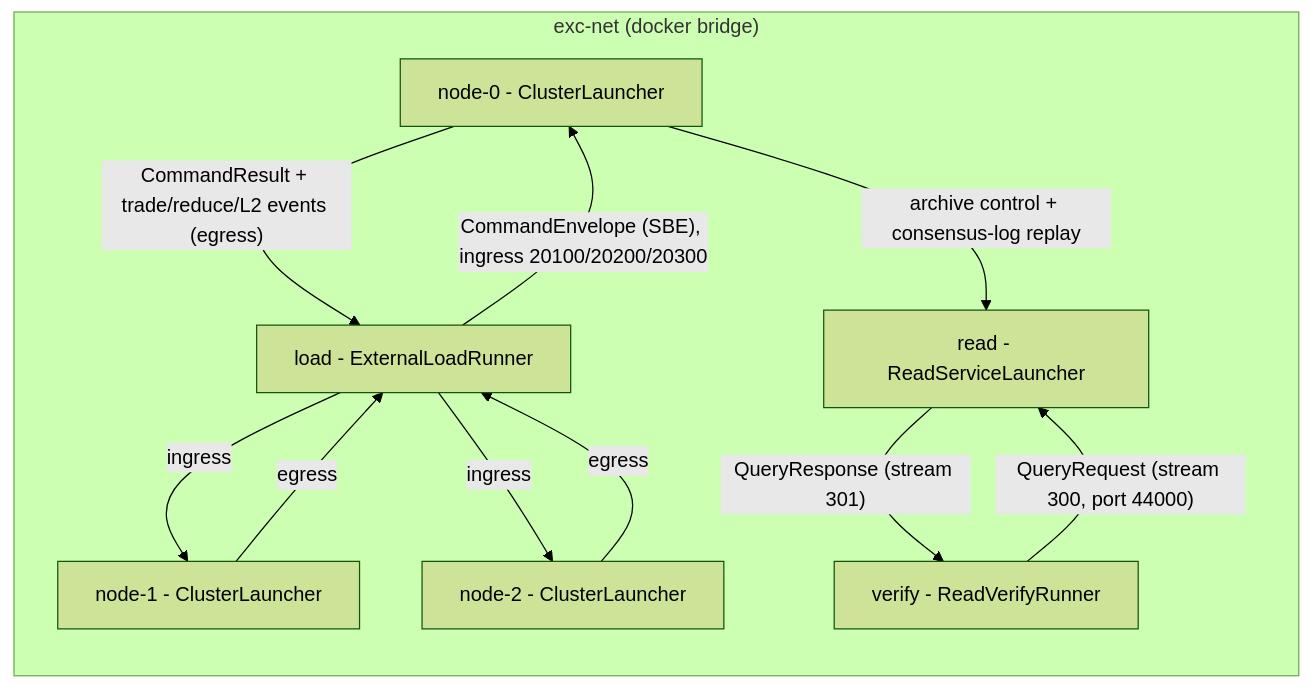
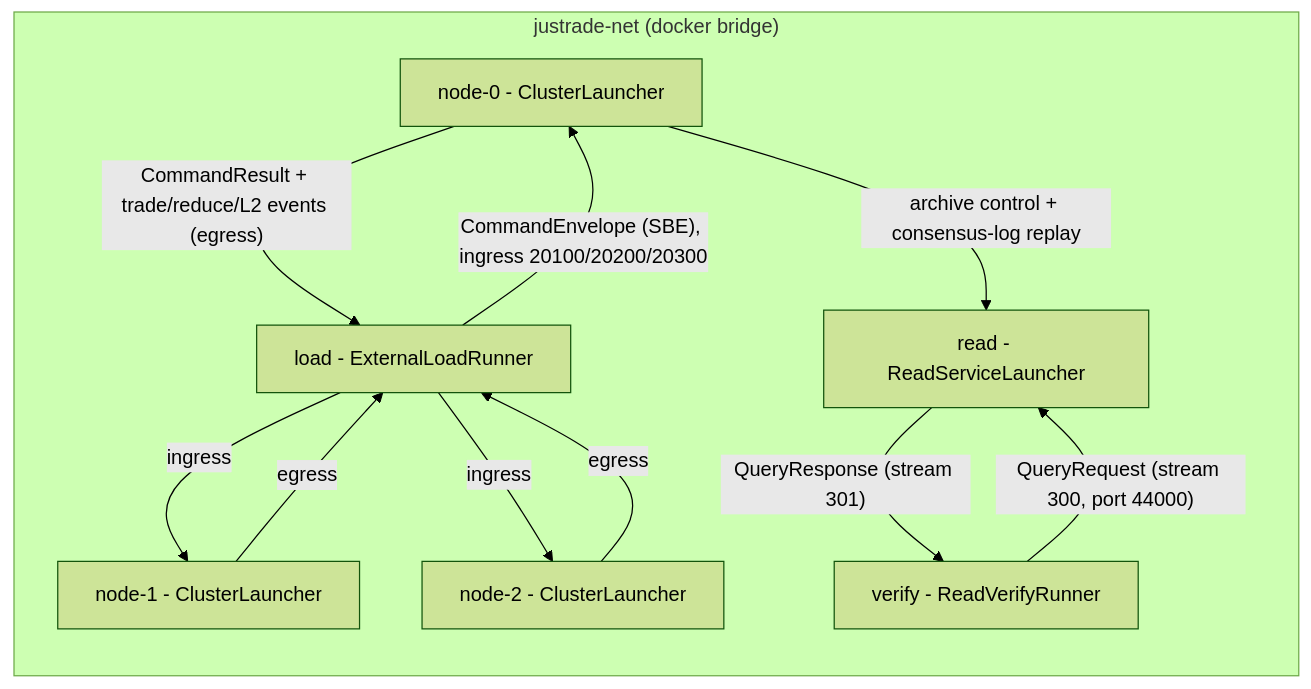
Before and after one commit to brianpht/excoredum: the tenth of 10 diagrams in docs/ARCHITECTURE.md, drawn with Mermaid (forest theme). The commit also changed other lines of this file and 490 other files, not shown here.

First line of the commit message:
refactor: rename com.exadbe -> io.justrade and drop exc- module prefix

````diff
--- a/docs/ARCHITECTURE.md
+++ b/docs/ARCHITECTURE.md
@@ -1219,22 +1219,22 @@
 ```mermaid
 flowchart LR
-    subgraph BRIDGE["exc-net (docker bridge)"]
+    subgraph BRIDGE["justrade-net (docker bridge)"]
         N0["node-0 - ClusterLauncher"]
         N1["node-1 - ClusterLauncher"]
         N2["node-2 - ClusterLauncher"]
         RD["read - ReadServiceLauncher"]
         LD["load - ExternalLoadRunner"]
         VF["verify - ReadVerifyRunner"]
     end
 
     LD -->|"CommandEnvelope (SBE), ingress 20100/20200/20300"| N0
     LD -->|"ingress"| N1
     LD -->|"ingress"| N2
     N0 -->|"CommandResult + trade/reduce/L2 events (egress)"| LD
     N1 -->|"egress"| LD
     N2 -->|"egress"| LD
 
     N0 -->|"archive control + consensus-log replay"| RD
     VF -->|"QueryRequest (stream 300, port 44000)"| RD
     RD -->|"QueryResponse (stream 301)"| VF
 ```
````
